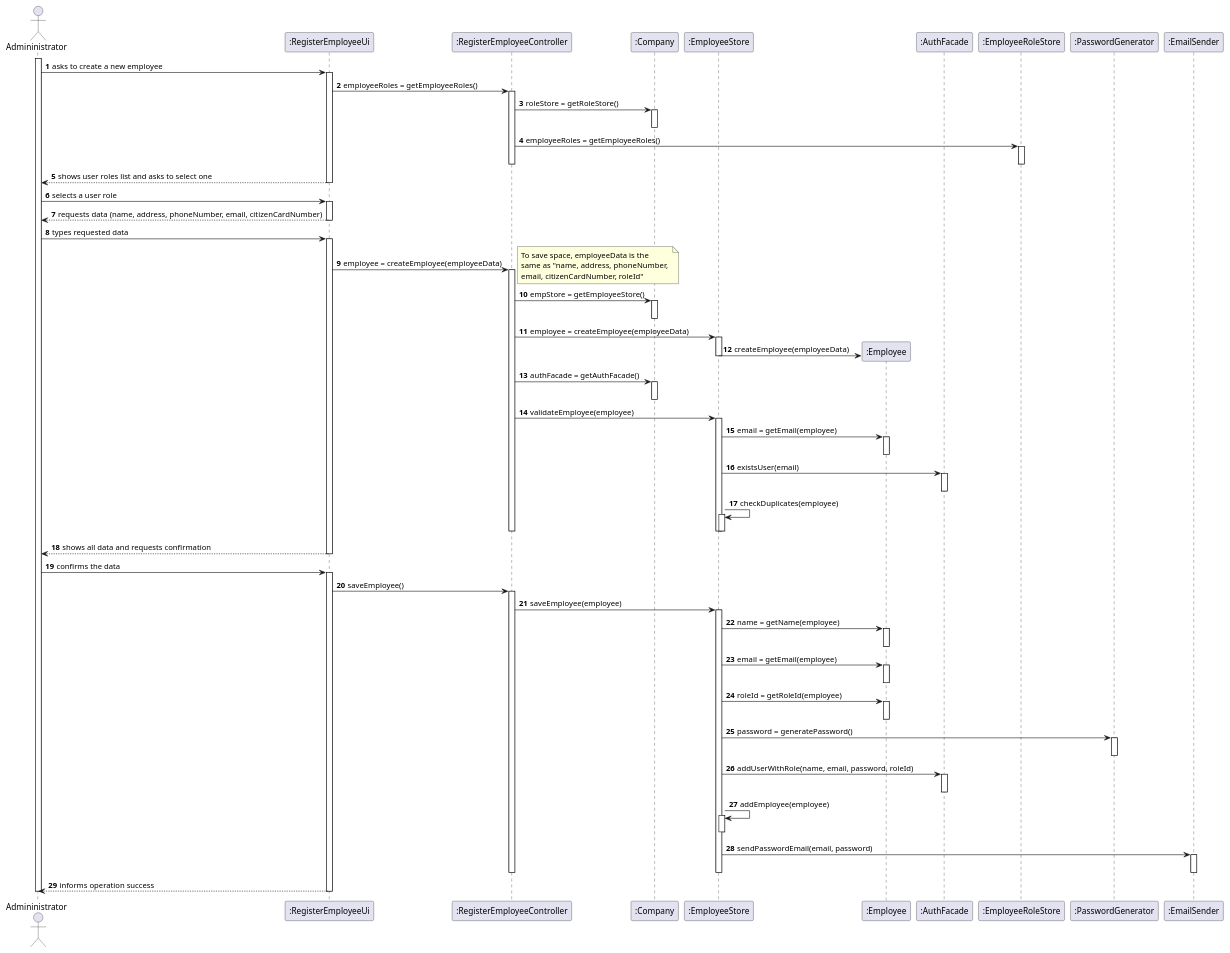
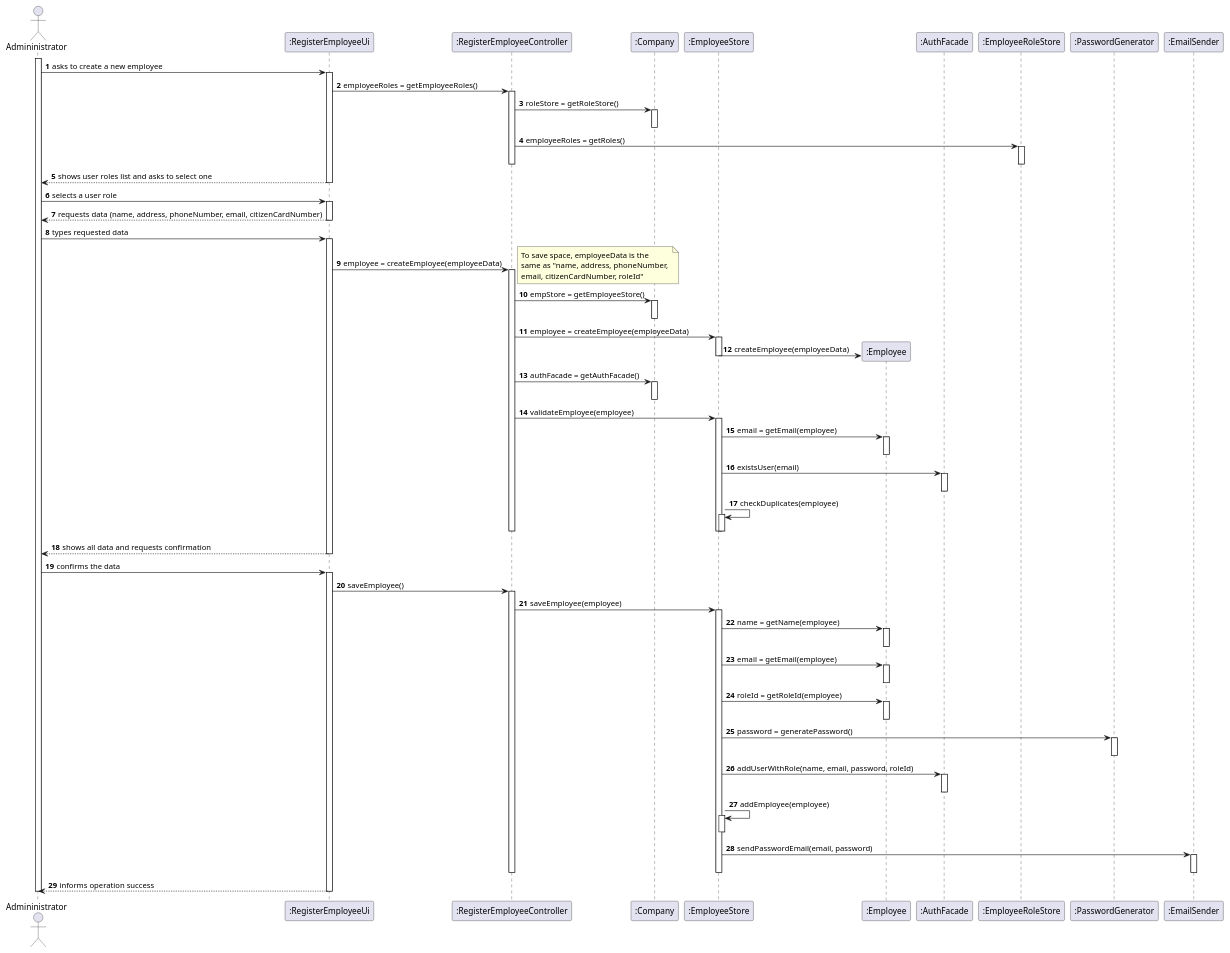
The diagram in docs/SprintB/US10/SD/US10_SD.puml (miseEnPlace-i/lapr2), drawn with PlantUML before and after one commit. The commit also changed 1 other file, not shown here.

```diff
--- a/docs/SprintB/US10/SD/US10_SD.puml
+++ b/docs/SprintB/US10/SD/US10_SD.puml
@@ -1,110 +1,110 @@
 @startuml US10_SD
 autonumber
 ' hide footbox
 actor "Admininistrator" as admin
 
 participant ":RegisterEmployeeUi" as empUi
 participant ":RegisterEmployeeController" as empController
 participant ":Company" as comp
 participant ":EmployeeStore" as empStore
 participant ":Employee" as emp
 participant ":AuthFacade" as authFacade
 participant ":EmployeeRoleStore" as roleStore
 participant ":PasswordGenerator" as passGen
 participant  ":EmailSender" as emailSend
 
 activate admin
 
 admin -> empUi : asks to create a new employee
 
 activate empUi
     empUi -> empController : employeeRoles = getEmployeeRoles()
     activate empController
         empController -> comp : roleStore = getRoleStore()
         activate comp
         deactivate comp
-        empController -> roleStore : employeeRoles = getEmployeeRoles()
+        empController -> roleStore : employeeRoles = getRoles()
         activate roleStore
         deactivate roleStore
     deactivate empController
     empUi --> admin : shows user roles list and asks to select one
 deactivate empUi
 
 admin -> empUi : selects a user role
 
 activate empUi
     empUi --> admin : requests data (name, address, phoneNumber, email, citizenCardNumber)
 deactivate empUi
 
 admin -> empUi : types requested data
 
 activate empUi
     empUi -> empController : employee = createEmployee(employeeData)
     note right
         To save space, employeeData is the 
         same as "name, address, phoneNumber, 
         email, citizenCardNumber, roleId"
     end note
     activate empController
         empController -> comp : empStore = getEmployeeStore()
         activate comp
         deactivate comp
         empController -> empStore : employee = createEmployee(employeeData)
         activate empStore
             empStore -> emp** : createEmployee(employeeData)
         deactivate empStore
         empController -> comp : authFacade = getAuthFacade()
         activate comp
         deactivate comp
         empController -> empStore : validateEmployee(employee)
         activate empStore
             empStore -> emp : email = getEmail(employee)
             activate emp
             deactivate emp
             empStore -> authFacade : existsUser(email)
             activate authFacade
             deactivate authFacade
             empStore -> empStore : checkDuplicates(employee)
             activate empStore
             deactivate empStore
         deactivate empStore
     deactivate empController
     empUi --> admin : shows all data and requests confirmation
 deactivate empUi
             
 admin -> empUi : confirms the data
 
 activate empUi
     empUi -> empController : saveEmployee()
     activate empController
         empController -> empStore : saveEmployee(employee)
         activate empStore
             empStore -> emp : name = getName(employee)
             activate emp
             deactivate emp
             empStore -> emp : email = getEmail(employee)
             activate emp
             deactivate emp
             empStore -> emp : roleId = getRoleId(employee)
             activate emp
             deactivate emp
             empStore -> passGen : password = generatePassword()
             activate passGen
             deactivate passGen
             empStore -> authFacade : addUserWithRole(name, email, password, roleId)
             activate authFacade
             deactivate authFacade
             empStore -> empStore : addEmployee(employee)
             activate empStore
             deactivate empStore
             empStore -> emailSend : sendPasswordEmail(email, password)
             activate emailSend
             deactivate emailSend
         deactivate empStore
     deactivate empController
     empUi --> admin : informs operation success
 deactivate empUi
 
 deactivate admin
 
 @enduml
```
